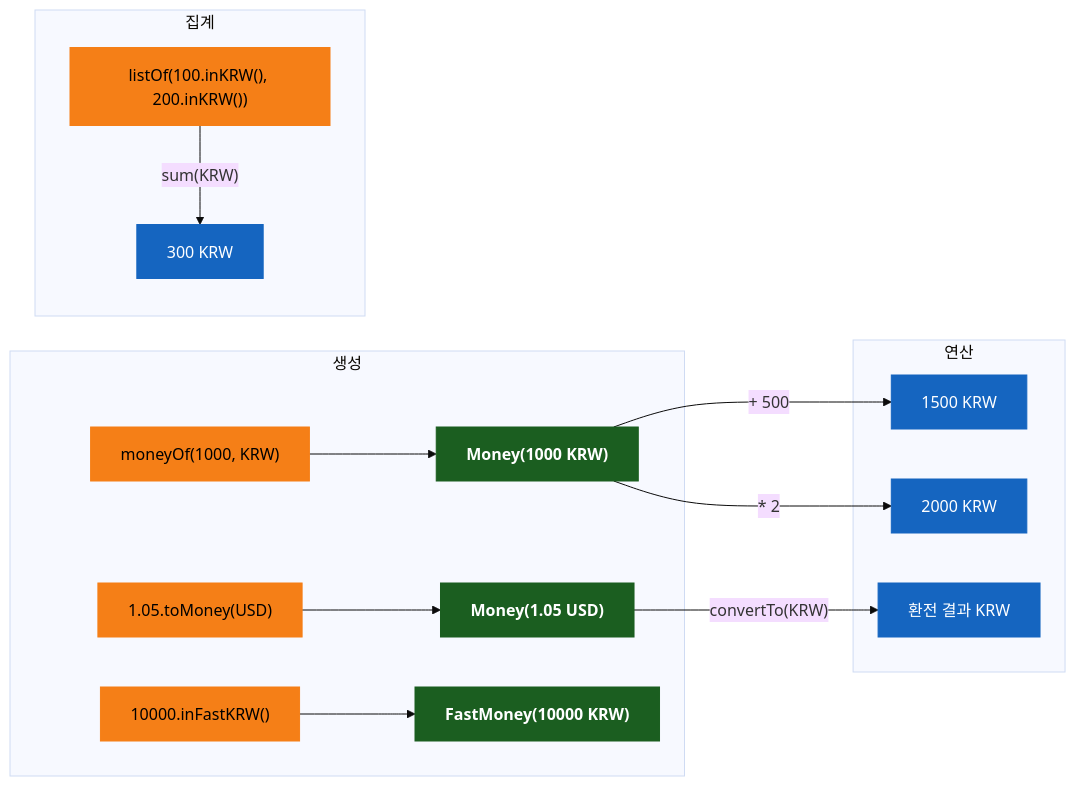
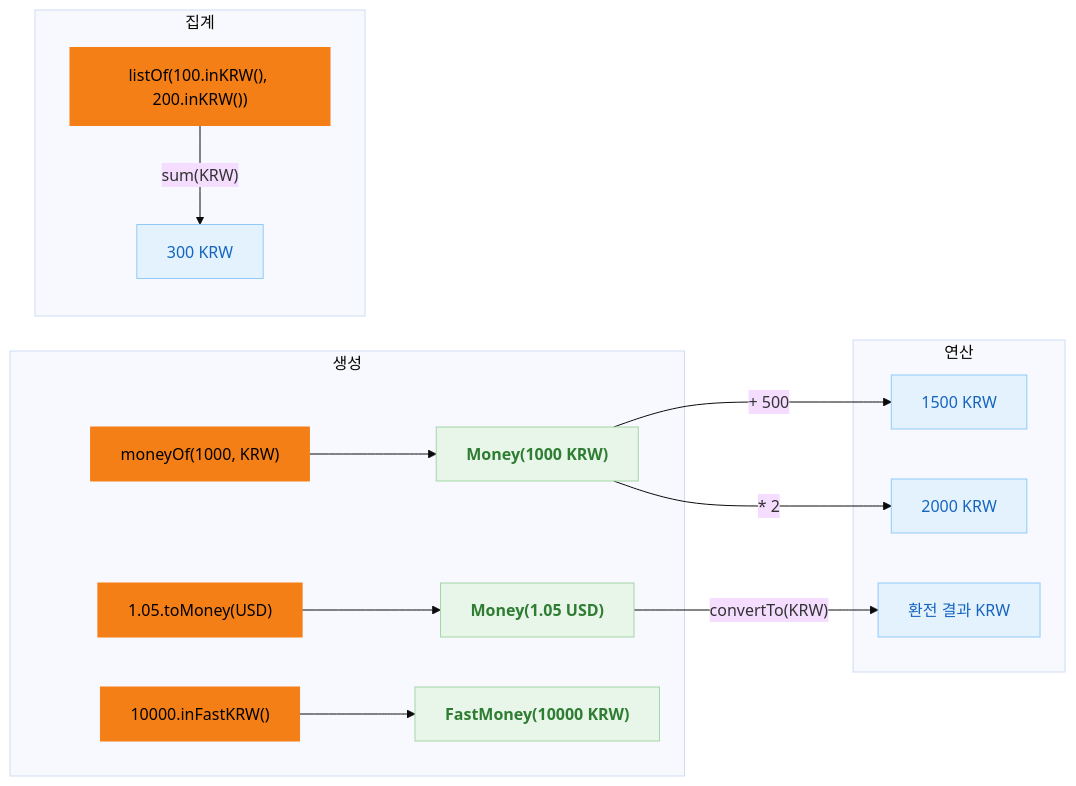
One commit to bluetape4k/bluetape4k-projects changed the second of 2 diagrams in utils/money/README.ko.md. Above: the diagram before and after it, drawn with Mermaid (base theme). The commit also changed other lines of this file and 219 other files, not shown here.

First line of the commit message:
docs: 전체 README Mermaid 다이어그램 가이드 적용

````diff
--- a/utils/money/README.ko.md
+++ b/utils/money/README.ko.md
@@ -293,29 +293,29 @@
 ```mermaid
 flowchart LR
     subgraph 생성
         A["moneyOf(1000, KRW)"] --> M1["Money(1000 KRW)"]
         B["1.05.toMoney(USD)"] --> M2["Money(1.05 USD)"]
         C["10000.inFastKRW()"] --> FM["FastMoney(10000 KRW)"]
     end
 
     subgraph 연산
         M1 -->|"+ 500"| R1["1500 KRW"]
         M1 -->|"* 2"| R2["2000 KRW"]
         M2 -->|"convertTo(KRW)"| R3["환전 결과 KRW"]
     end
 
     subgraph 집계
         L["listOf(100.inKRW(), 200.inKRW())"] -->|"sum(KRW)"| TOTAL["300 KRW"]
     end
 
-    classDef coreStyle fill:#1B5E20,stroke:#1B5E20,color:#FFFFFF,font-weight:bold
-    classDef serviceStyle fill:#1565C0,stroke:#1565C0,color:#FFFFFF
-    classDef utilStyle fill:#E65100,stroke:#E65100,color:#FFFFFF
+    classDef coreStyle fill:#E8F5E9,stroke:#A5D6A7,color:#2E7D32,font-weight:bold
+    classDef serviceStyle fill:#E3F2FD,stroke:#90CAF9,color:#1565C0
+    classDef utilStyle fill:#FFF3E0,stroke:#FFCC80,color:#E65100
     classDef dataStyle fill:#F57F17,stroke:#F57F17,color:#000000
 
     class A,B,C dataStyle
     class M1,M2,FM coreStyle
     class R1,R2,R3 serviceStyle
     class L dataStyle
     class TOTAL serviceStyle
 ```
````
